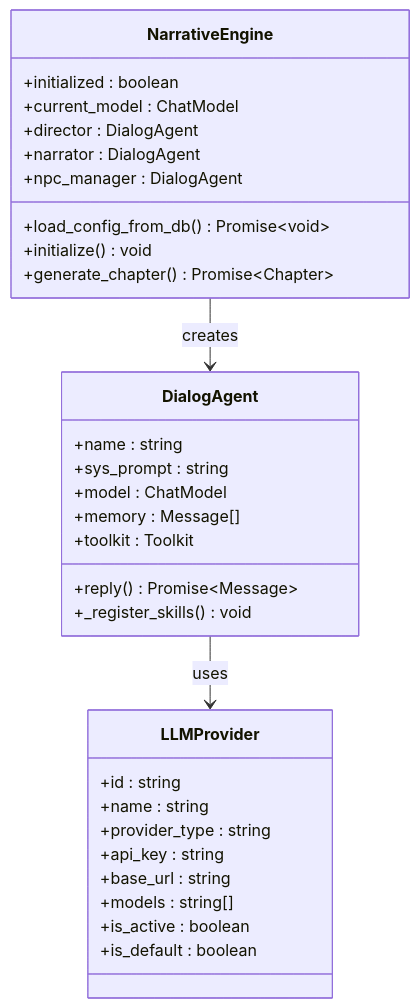
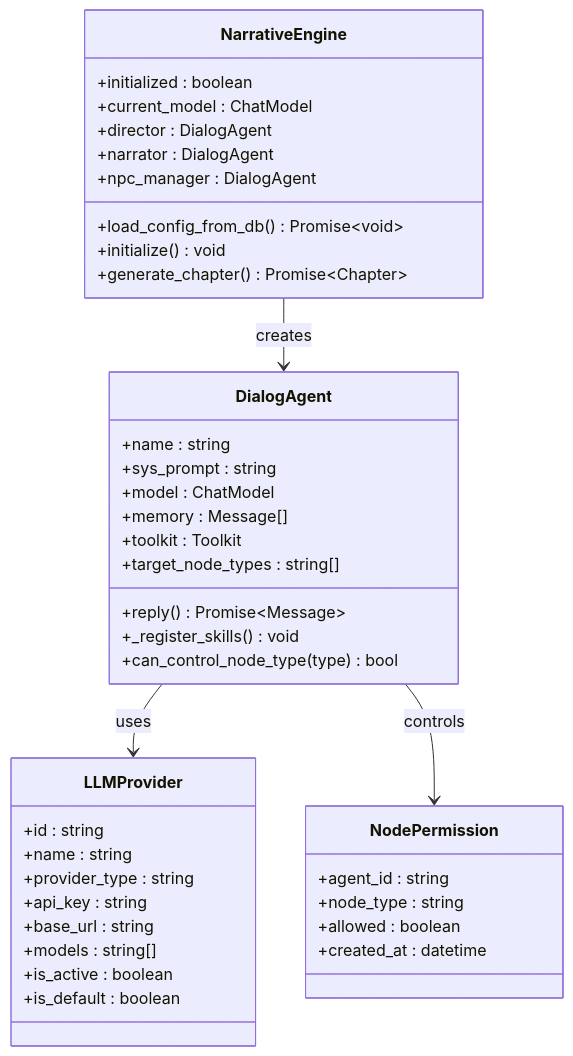
One commit to KunLabAI/KunFlix changed the fifth of 10 diagrams in .qoder/repowiki/zh/content/系统架构/剧院系统概览.md. Above: the diagram before and after it, drawn with Mermaid. The commit also changed other lines of this file and 15 other files, not shown here.

````diff
--- a/.qoder/repowiki/zh/content/系统架构/剧院系统概览.md
+++ b/.qoder/repowiki/zh/content/系统架构/剧院系统概览.md
@@ -352,34 +390,43 @@
 ```mermaid
 classDiagram
 class NarrativeEngine {
 +initialized : boolean
 +current_model : ChatModel
 +director : DialogAgent
 +narrator : DialogAgent
 +npc_manager : DialogAgent
 +load_config_from_db() Promise~void~
 +initialize() void
 +generate_chapter() Promise~Chapter~
 }
 class DialogAgent {
 +name : string
 +sys_prompt : string
 +model : ChatModel
 +memory : Message[]
 +toolkit : Toolkit
 +reply() Promise~Message~
 +_register_skills() void
++target_node_types : string[]
++can_control_node_type(type) bool
 }
 class LLMProvider {
 +id : string
 +name : string
 +provider_type : string
 +api_key : string
 +base_url : string
 +models : string[]
 +is_active : boolean
 +is_default : boolean
 }
+class NodePermission {
++agent_id : string
++node_type : string
++allowed : boolean
++created_at : datetime
+}
 NarrativeEngine --> DialogAgent : creates
 DialogAgent --> LLMProvider : uses
+DialogAgent --> NodePermission : controls
 ```
````
